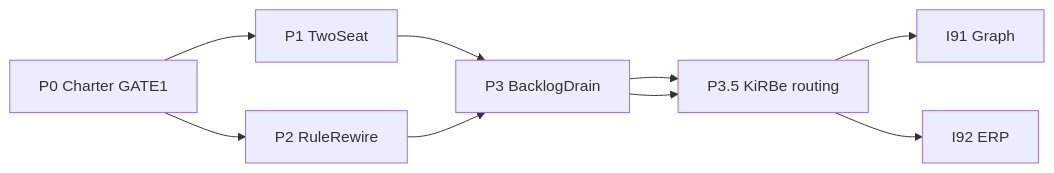
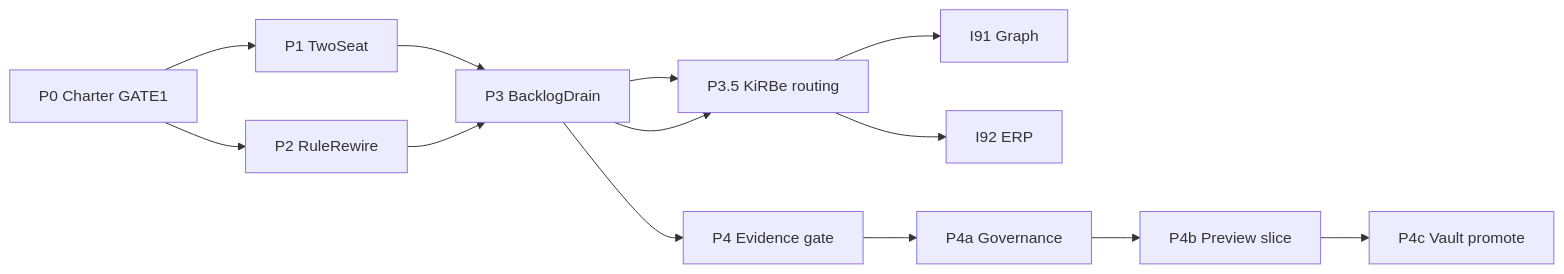
Before and after one commit to FraysaXII/openclaw-akos: the diagram in docs/wip/planning/90-routing-and-wiring/master-roadmap.md, drawn with Mermaid. The commit also changed other lines of this file and 9 other files, not shown here.

First line of the commit message:
docs(i90): evidence-class gate governance — doctrine, registry draft, rule+skill

````diff
--- a/docs/wip/planning/90-routing-and-wiring/master-roadmap.md
+++ b/docs/wip/planning/90-routing-and-wiring/master-roadmap.md
@@ -52,18 +57,26 @@
 ```mermaid
 flowchart LR
   P0[P0 Charter GATE1]
   P1[P1 TwoSeat]
   P2[P2 RuleRewire]
   P3[P3 BacklogDrain]
   I91[I91 Graph]
   I92[I92 ERP]
 
   P0 --> P1
   P0 --> P2
   P1 --> P3
   P2 --> P3
   P3 --> P35[P3.5 KiRBe routing]
   P35 --> I91
   P35 --> I92
   P3 --> P35
+  P4[P4 Evidence gate]
+  P4a[P4a Governance]
+  P4b[P4b Preview slice]
+  P4c[P4c Vault promote]
+  P3 --> P4
+  P4 --> P4a
+  P4a --> P4b
+  P4b --> P4c
 ```
````
